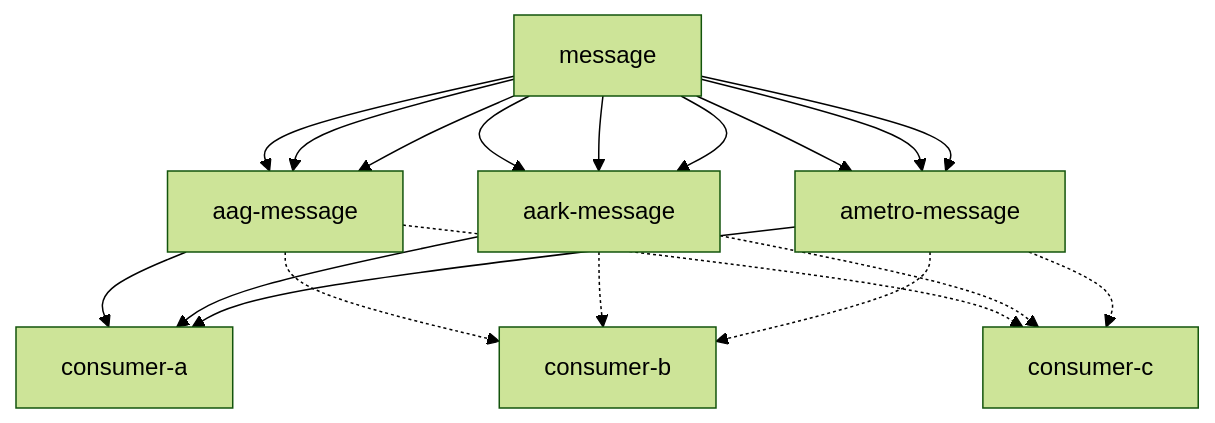
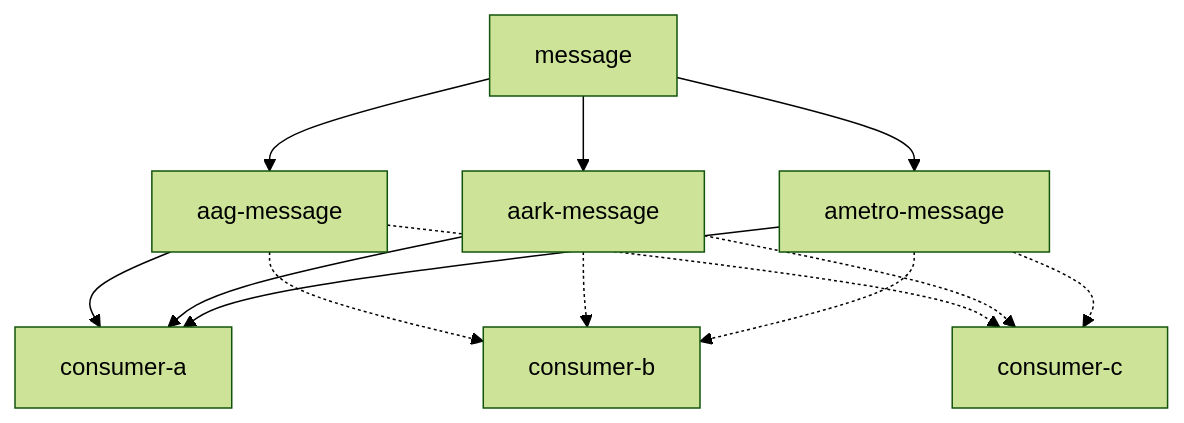
Before and after one commit to sethreno/MassTransitPlayground: the first of 2 diagrams in readme.md, drawn with Mermaid (forest theme). The commit also changed other lines of this file, not shown here.

````diff
--- a/readme.md
+++ b/readme.md
@@ -20,14 +20,18 @@
 ```mermaid
 flowchart TD;
-    message-->aag-message-->consumer-a;
-    message-->aark-message-->consumer-a;
-    message-->ametro-message-->consumer-a;
+    message-->aag-message;
+    message-->aark-message;
+    message-->ametro-message;
 
-    message-->aag-message-.->consumer-b;
-    message-->aark-message-.->consumer-b;
-    message-->ametro-message-.->consumer-b;
+    aag-message-->consumer-a;
+    aark-message-->consumer-a;
+    ametro-message-->consumer-a;
 
-    message-->aag-message-.->consumer-c;
-    message-->aark-message-.->consumer-c;
-    message-->ametro-message-.->consumer-c;
+    aag-message-.->consumer-b;
+    aark-message-.->consumer-b;
+    ametro-message-.->consumer-b;
+
+    aag-message-.->consumer-c;
+    aark-message-.->consumer-c;
+    ametro-message-.->consumer-c;
 ```
````
